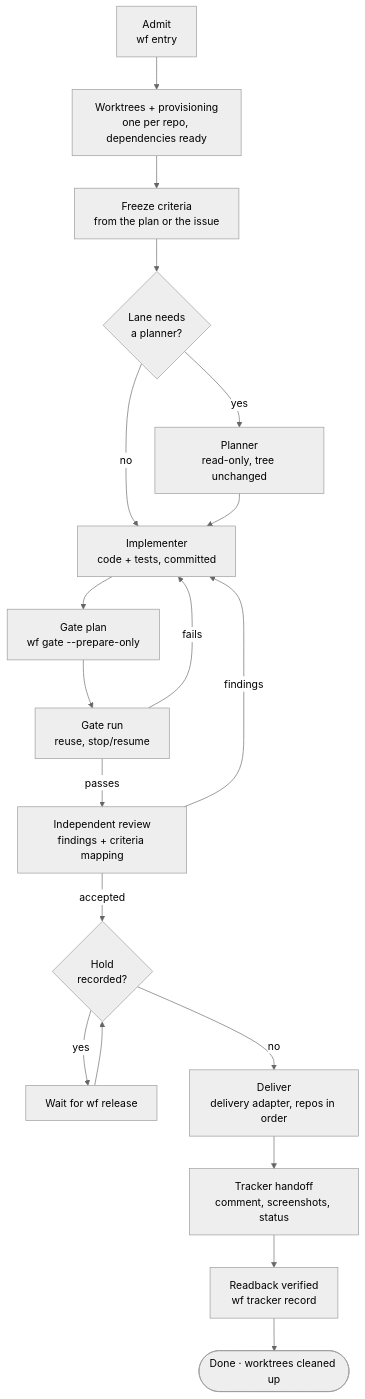
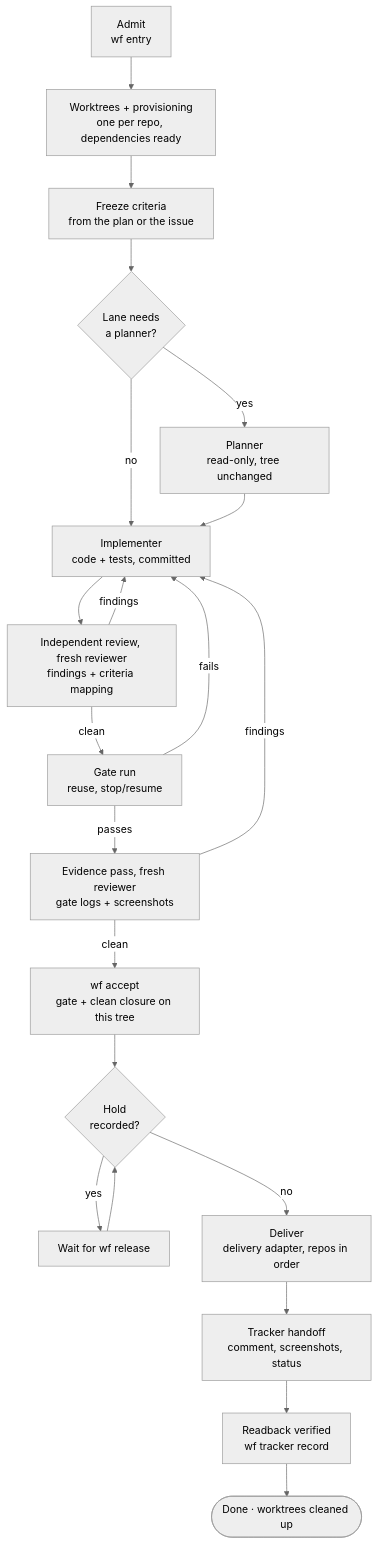
Before and after one commit to o-m-a-r-k/agentic-workflow: the second of 9 diagrams in README.md, drawn with Mermaid (neutral theme). The commit also changed other lines of this file and 10 other files, not shown here.

First line of the commit message:
Review before the gate; a fresh reviewer every round; accept needs gate, clean closure on the tree and an evidence pass

````diff
--- a/README.md
+++ b/README.md
@@ -106,21 +106,23 @@
 ```mermaid
 flowchart TD
   E["Admit<br/>wf entry"] --> W["Worktrees + provisioning<br/>one per repo, dependencies ready"]
   W --> C["Freeze criteria<br/>from the plan or the issue"]
   C --> PL{"Lane needs<br/>a planner?"}
   PL -- yes --> PLAN["Planner<br/>read-only, tree unchanged"]
   PL -- no --> IMP
   PLAN --> IMP["Implementer<br/>code + tests, committed"]
-  IMP --> GP["Gate plan<br/>wf gate --prepare-only"]
-  GP --> GR["Gate run<br/>reuse, stop/resume"]
+  IMP --> RV["Independent review, fresh reviewer<br/>findings + criteria mapping"]
+  RV -- findings --> IMP
+  RV -- clean --> GR["Gate run<br/>reuse, stop/resume"]
   GR -- fails --> IMP
-  GR -- passes --> RV["Independent review<br/>findings + criteria mapping"]
-  RV -- findings --> IMP
-  RV -- accepted --> H{"Hold<br/>recorded?"}
+  GR -- passes --> EV["Evidence pass, fresh reviewer<br/>gate logs + screenshots"]
+  EV -- findings --> IMP
+  EV -- clean --> AC["wf accept<br/>gate + clean closure on this tree"]
+  AC --> H{"Hold<br/>recorded?"}
   H -- yes --> WAIT["Wait for wf release"]
   WAIT --> H
   H -- no --> D["Deliver<br/>delivery adapter, repos in order"]
   D --> TH["Tracker handoff<br/>comment, screenshots, status"]
   TH --> RB["Readback verified<br/>wf tracker record"]
   RB --> DONE(["Done · worktrees cleaned up"])
 ```
````
